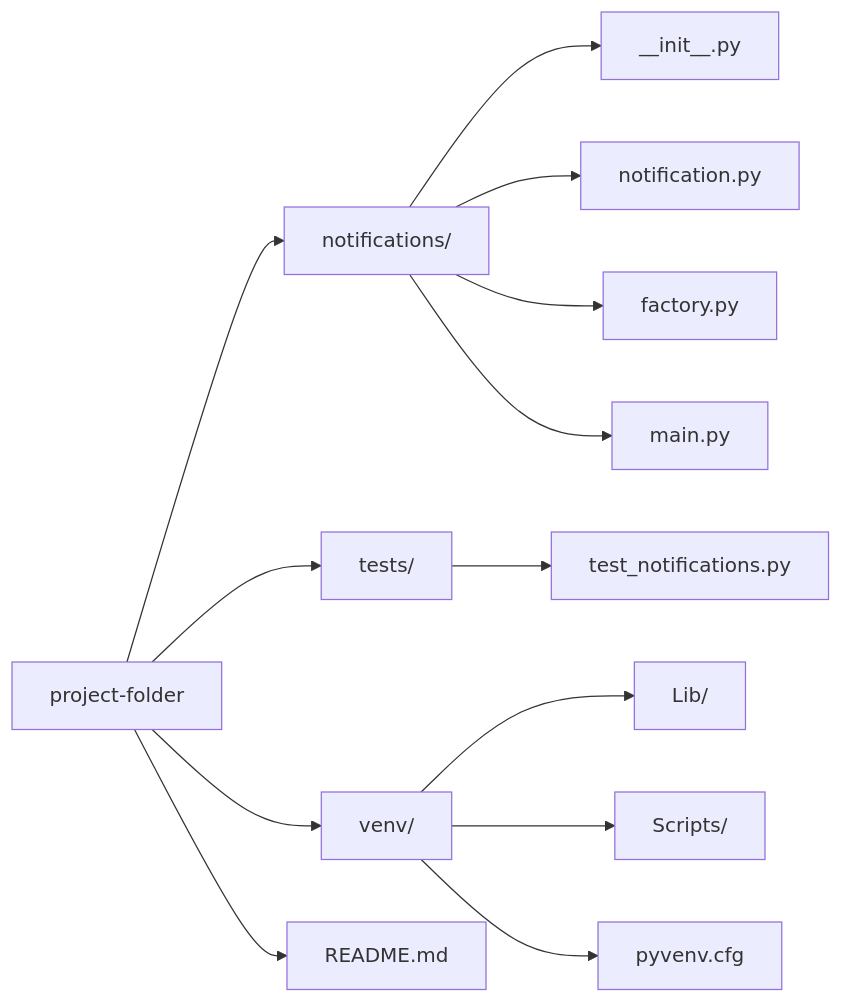
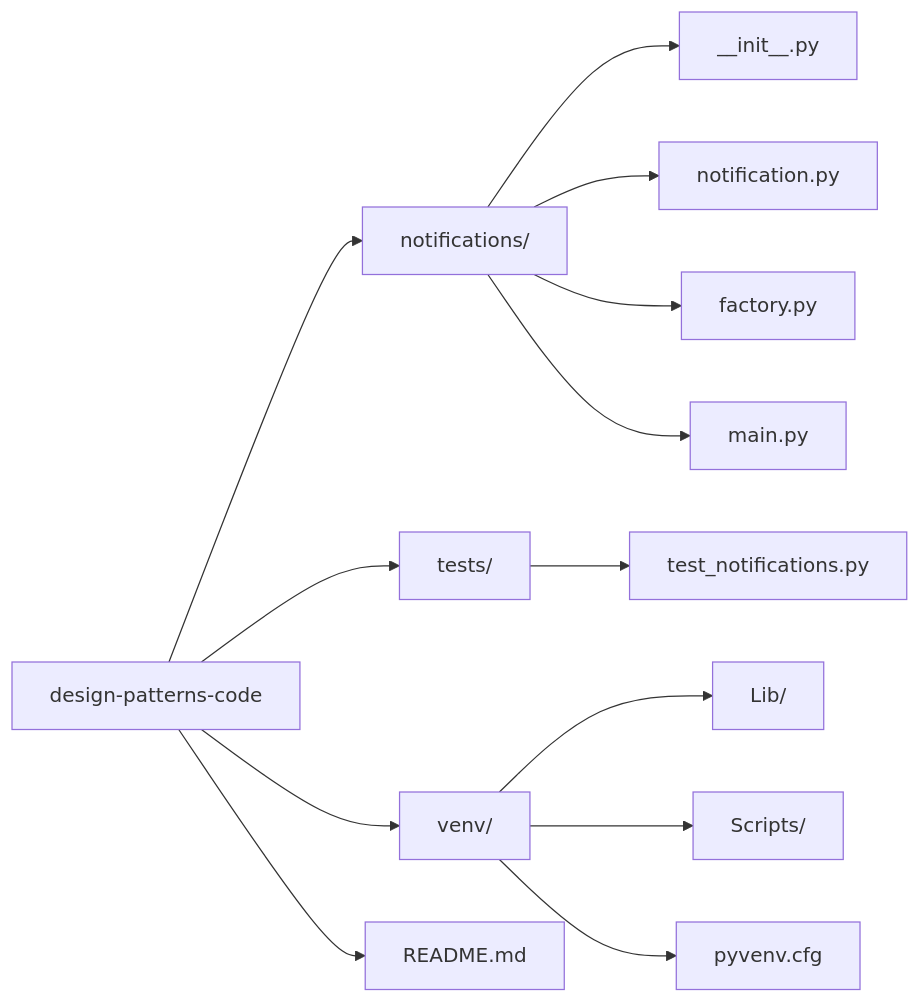
One commit to nathasjafink/Design-Patterns-Code-Examples changed the diagram in factory/notifications/README.md. Above: the diagram before and after it, drawn with Mermaid.

Commit message:
updated name for project folder in readme

````diff
--- a/factory/notifications/README.md
+++ b/factory/notifications/README.md
@@ -12,20 +12,20 @@
 ```mermaid
 graph LR
-    A[project-folder]
+    A[design-patterns-code]
     
     A --> B[notifications/]
     B --> B1[__init__.py]
     B --> B2[notification.py]
     B --> B3[factory.py]
     B --> B4[main.py]
 
     A --> C[tests/]
     C --> C1[test_notifications.py]
 
     A --> D[venv/]
     D --> D1[Lib/]
     D --> D2[Scripts/]
     D --> D3[pyvenv.cfg]
 
     A --> E[README.md]
 ```    
````
